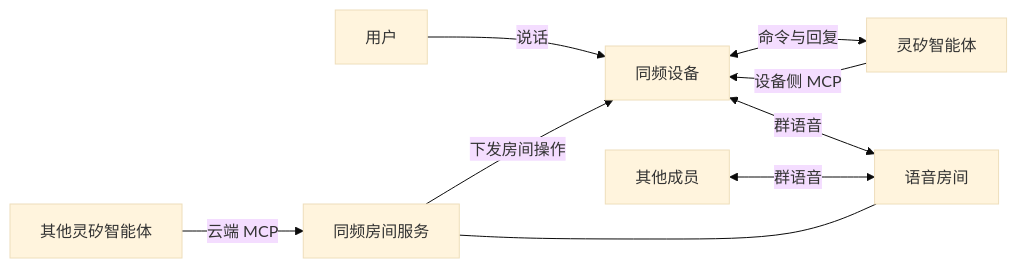
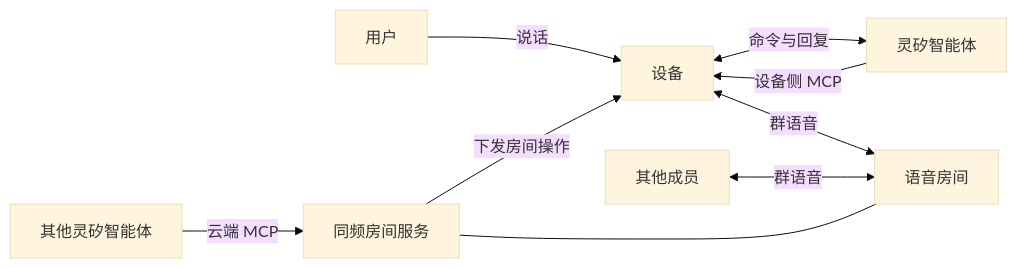
Before and after one commit to Shi1xin/linx-intercom: the diagram in README.md, drawn with Mermaid (base theme). The commit also changed other lines of this file, not shown here.

Commit message:
docs: README 统一称谓为「设备」
Generated with [Devin](https://devin.ai)

````diff
--- a/README.md
+++ b/README.md
@@ -13,11 +13,11 @@
 ```mermaid
 flowchart LR
-    U["用户"] -->|说话| D["同频设备"]
+    U["用户"] -->|说话| D["设备"]
     D <-->|命令与回复| P["灵矽智能体"]
     P -->|设备侧 MCP| D
     O["其他灵矽智能体"] -->|云端 MCP| S["同频房间服务"]
     S -->|下发房间操作| D
     D <-->|群语音| R["语音房间"]
     M["其他成员"] <-->|群语音| R
     S --- R
 ```
````
